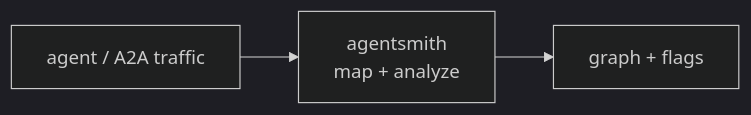
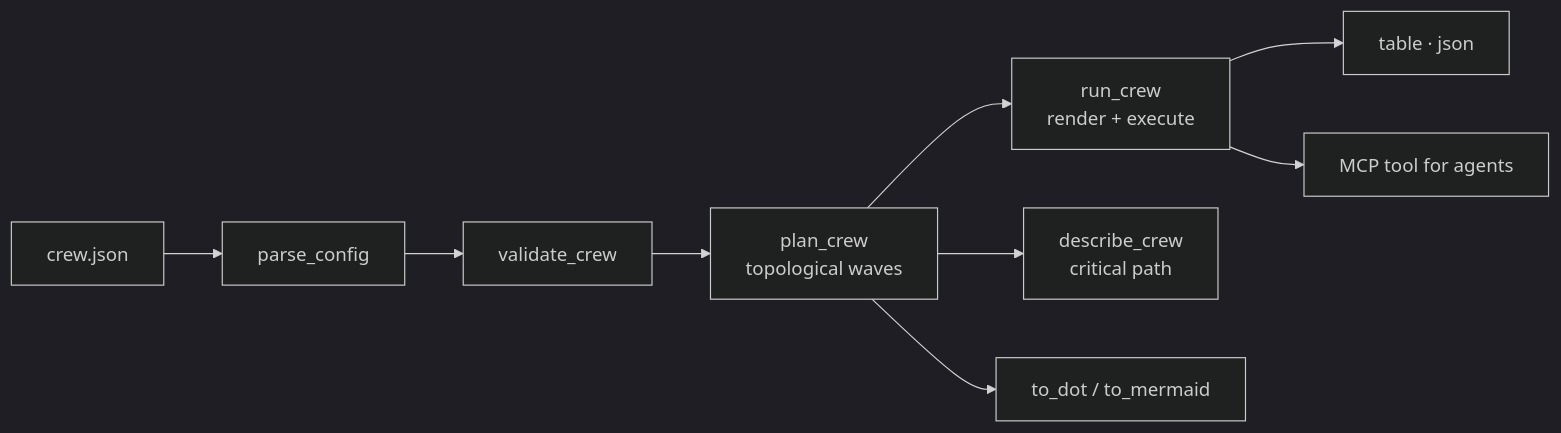
Before and after one commit to cognis-digital/agentsmith: the diagram in README.md, drawn with Mermaid (dark theme). The commit also changed other lines of this file and 11 other files, not shown here.

````diff
--- a/README.md
+++ b/README.md
@@ -179,5 +224,11 @@
 ```mermaid
 flowchart LR
-  IN[agent / A2A traffic] --> P[agentsmith<br/>map + analyze]
-  P --> OUT[graph + flags]
+  CFG[crew.json] --> PARSE[parse_config]
+  PARSE --> VAL[validate_crew]
+  VAL --> PLAN[plan_crew<br/>topological waves]
+  PLAN --> RUN[run_crew<br/>render + execute]
+  PLAN --> STATS[describe_crew<br/>critical path]
+  PLAN --> GRAPH[to_dot / to_mermaid]
+  RUN --> OUT[table · json]
+  RUN --> MCP[MCP tool for agents]
 ```
````
